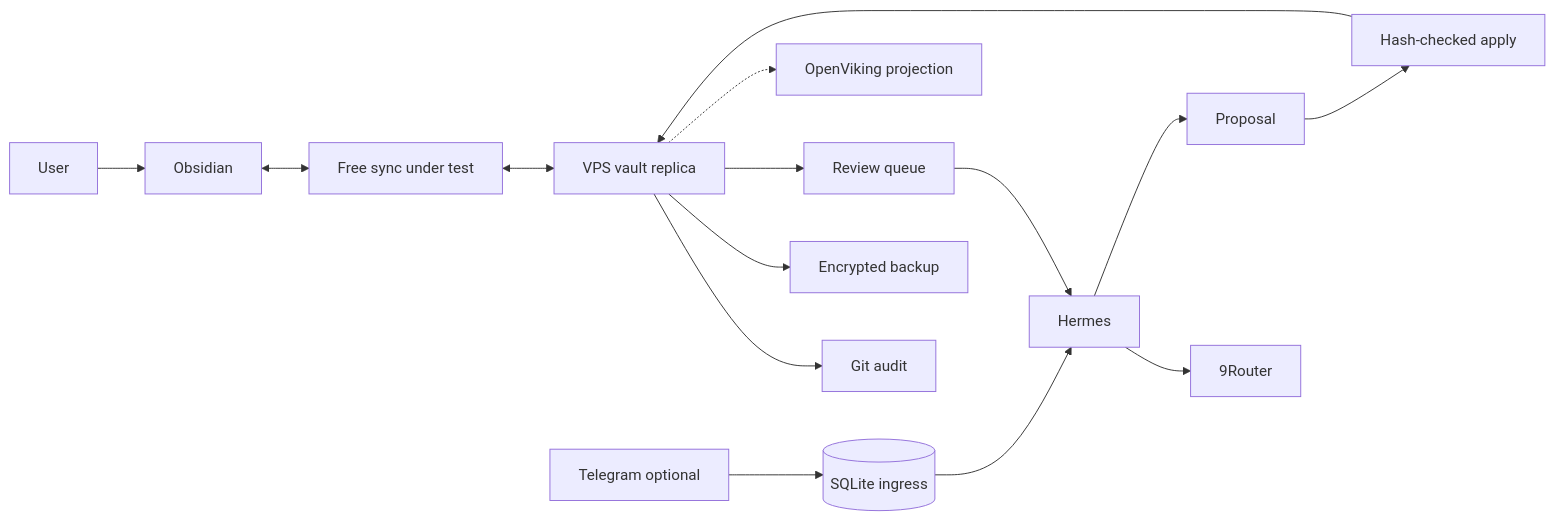
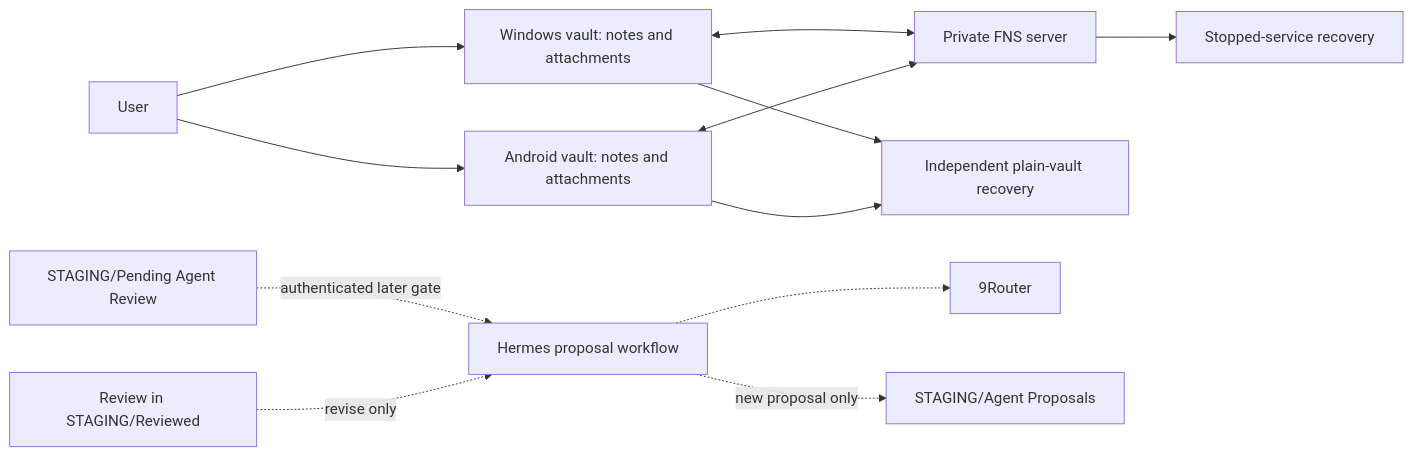
The diagram in docs/architecture/recommended-architecture.md (tienbac2314/north-obsidian-vault), drawn with Mermaid before and after one commit. The commit also changed other lines of this file and 71 other files, not shown here.

````diff
--- a/docs/architecture/recommended-architecture.md
+++ b/docs/architecture/recommended-architecture.md
@@ -9,17 +11,14 @@
 ```mermaid
 flowchart LR
-    U["User"] --> O["Obsidian"]
-    O <--> S["Free sync under test"]
-    S <--> V["VPS vault replica"]
-    V --> G["Git audit"]
-    V --> B["Encrypted backup"]
-    V --> Q["Review queue"]
-    Q --> H["Hermes"]
-    H --> R["9Router"]
-    H --> P["Proposal"]
-    P --> A["Hash-checked apply"]
-    A --> V
-    V -.-> X["OpenViking projection"]
-    T["Telegram optional"] --> I[("SQLite ingress")]
-    I --> H
+    U["User"] --> W["Windows vault: notes and attachments"]
+    U --> A["Android vault: notes and attachments"]
+    W <--> F["Private FNS server"]
+    A <--> F
+    W --> B["Independent plain-vault recovery"]
+    A --> B
+    F --> S["Stopped-service recovery"]
+    Q["STAGING/Pending Agent Review"] -. "authenticated later gate" .-> H["Hermes proposal workflow"]
+    H -.-> R["9Router"]
+    H -. "new proposal only" .-> P["STAGING/Agent Proposals"]
+    V["Review in STAGING/Reviewed"] -. "revise only" .-> H
 ```
````
